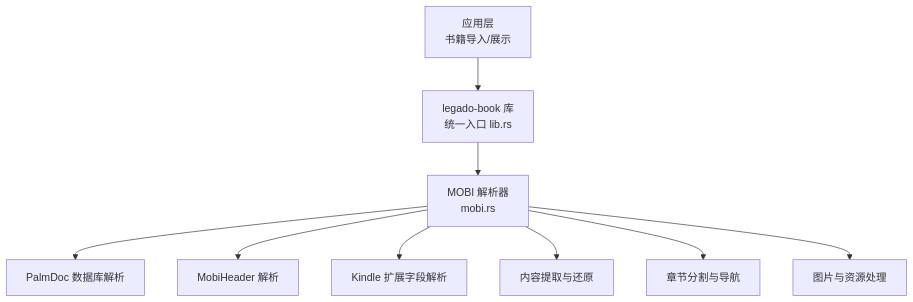
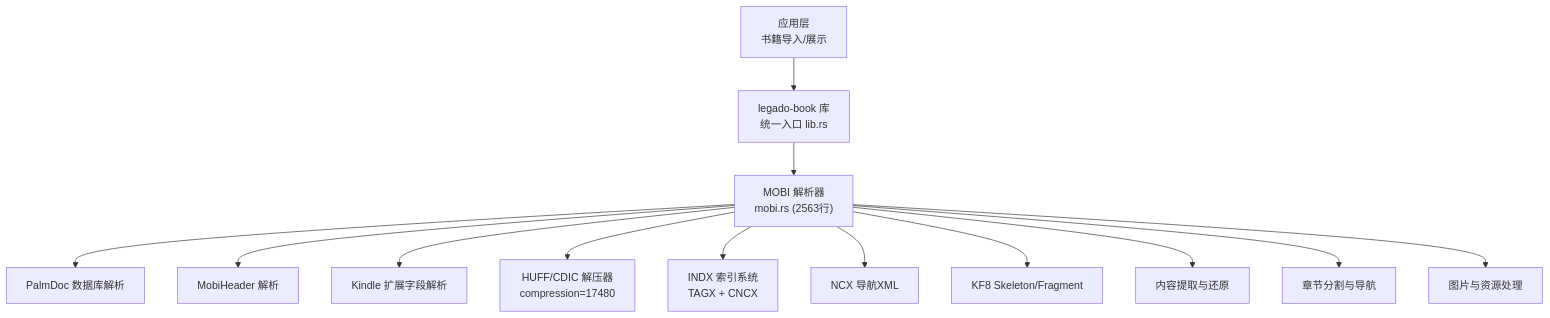
The first of 13 diagrams in .qoder/repowiki/zh/content/架构设计/分层架构设计/业务逻辑层/书籍处理引擎/MOBI格式处理.md (ZhangGHGitHub/LegadoTeamFlutter), drawn with Mermaid before and after one commit. The commit also changed other lines of this file and 173 other files, not shown here.

````diff
--- a/.qoder/repowiki/zh/content/架构设计/分层架构设计/业务逻辑层/书籍处理引擎/MOBI格式处理.md
+++ b/.qoder/repowiki/zh/content/架构设计/分层架构设计/业务逻辑层/书籍处理引擎/MOBI格式处理.md
@@ -33,11 +43,15 @@
 ```mermaid
 graph TB
 A["应用层<br/>书籍导入/展示"] --> B["legado-book 库<br/>统一入口 lib.rs"]
-B --> C["MOBI 解析器<br/>mobi.rs"]
+B --> C["MOBI 解析器<br/>mobi.rs (2563行)"]
 C --> D["PalmDoc 数据库解析"]
 C --> E["MobiHeader 解析"]
 C --> F["Kindle 扩展字段解析"]
-C --> G["内容提取与还原"]
-C --> H["章节分割与导航"]
-C --> I["图片与资源处理"]
+C --> G["HUFF/CDIC 解压器<br/>compression=17480"]
+C --> H["INDX 索引系统<br/>TAGX + CNCX"]
+C --> I["NCX 导航XML"]
+C --> J["KF8 Skeleton/Fragment"]
+C --> K["内容提取与还原"]
+C --> L["章节分割与导航"]
+C --> M["图片与资源处理"]
 ```
````
